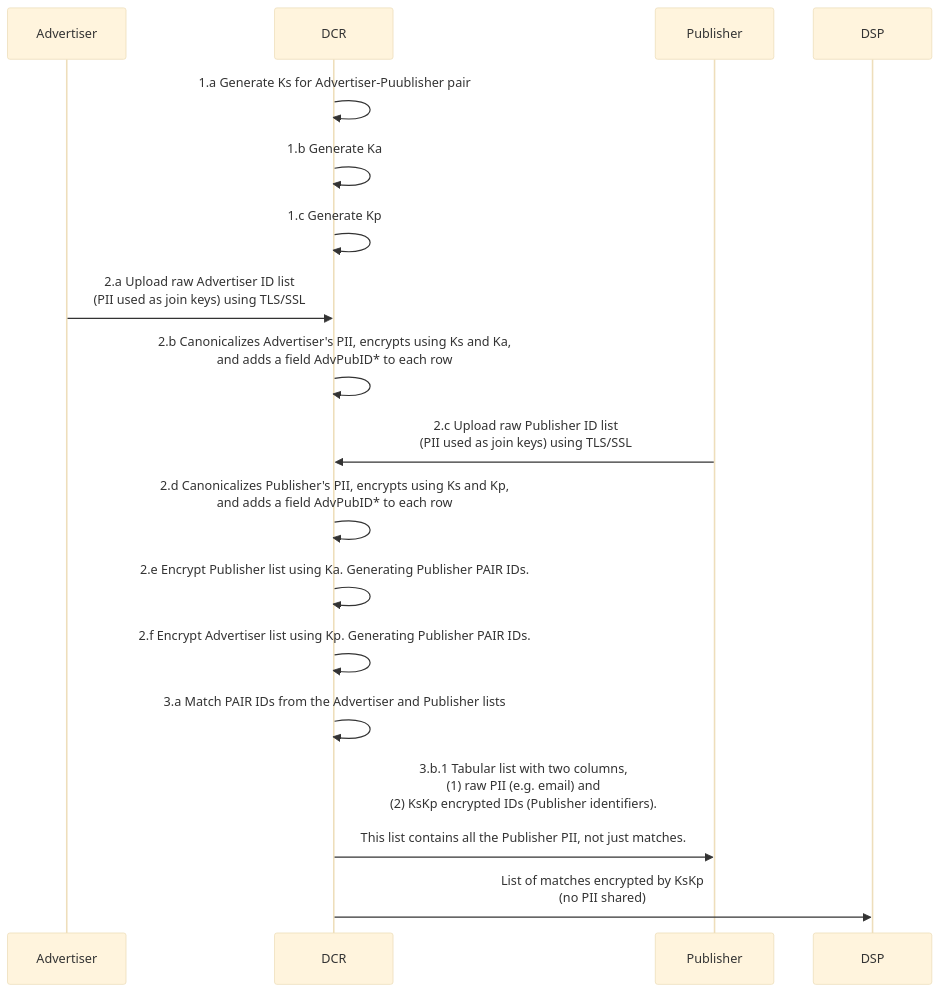
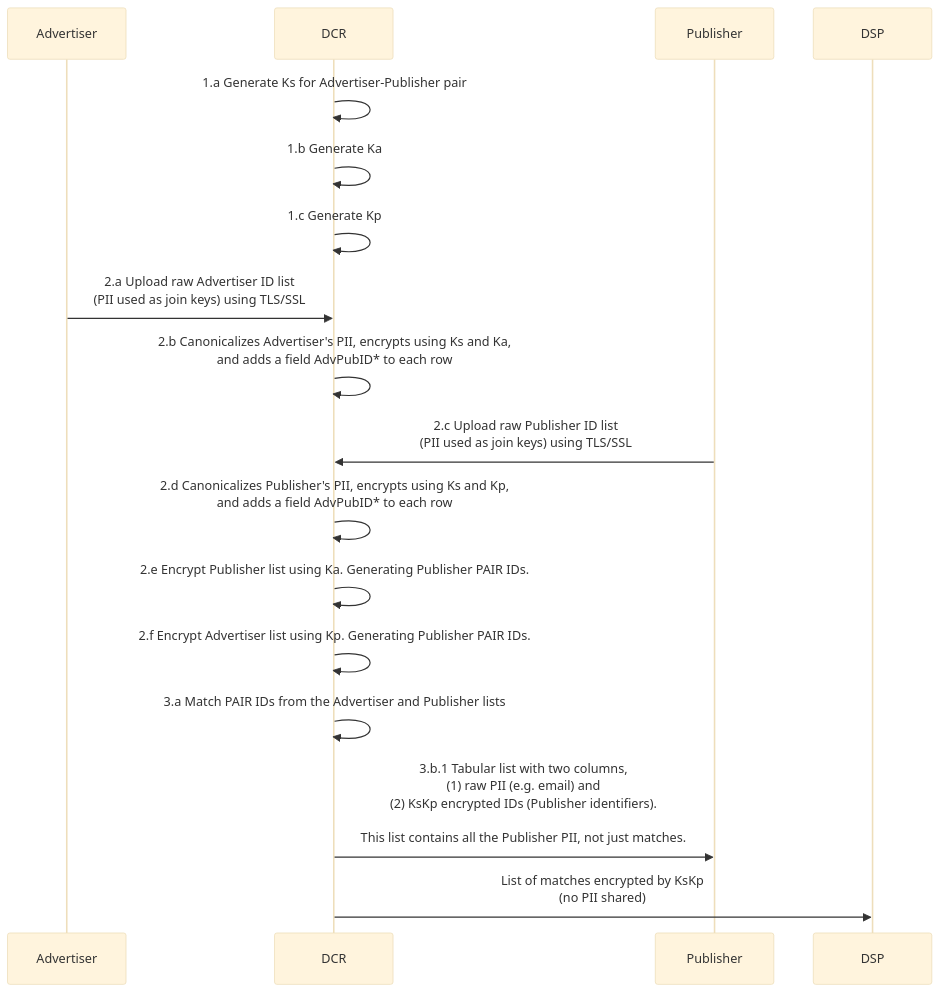
Before and after one commit to IABTechLab/pair: the diagram in diagrams/Single_DCR.md, drawn with Mermaid.

````diff
--- a/diagrams/Single_DCR.md
+++ b/diagrams/Single_DCR.md
@@ -1,25 +1,25 @@
 ```mermaid
 %%{init: {'theme': 'base', 'themeVariables': { 'participantBkgColor': '#f0f0f0', 'participantBorderColor': '#000000' }}}%%
 sequenceDiagram
 
 participant Adv as Advertiser
 participant DCR
 participant Pub as Publisher
 participant DSP
 
-DCR->>DCR: 1.a Generate Ks for Advertiser-Puublisher pair
+DCR->>DCR: 1.a Generate Ks for Advertiser-Publisher pair
 DCR->>DCR: 1.b Generate Ka
 DCR->>DCR: 1.c Generate Kp
 
 Adv->>DCR: 2.a Upload raw Advertiser ID list <br/>(PII used as join keys) using TLS/SSL
 DCR->>DCR: 2.b Canonicalizes Advertiser's PII, encrypts using Ks and Ka,<br/> and adds a field AdvPubID* to each row
 Pub->>DCR: 2.c Upload raw Publisher ID list <br/>(PII used as join keys) using TLS/SSL
 DCR->>DCR: 2.d Canonicalizes Publisher's PII, encrypts using Ks and Kp,<br/> and adds a field AdvPubID* to each row
 DCR->>DCR: 2.e Encrypt Publisher list using Ka. Generating Publisher PAIR IDs.
 DCR->>DCR: 2.f Encrypt Advertiser list using Kp. Generating Publisher PAIR IDs.
 
 DCR->>DCR: 3.a Match PAIR IDs from the Advertiser and Publisher lists
 DCR->>Pub: 3.b.1 Tabular list with two columns, <br/>(1) raw PII (e.g. email) and <br/>(2) KsKp encrypted IDs (Publisher identifiers).<br/><br/>This list contains all the Publisher PII, not just matches.
 DCR->>DSP: List of matches encrypted by KsKp <br/>(no PII shared)
 
 ```
````
